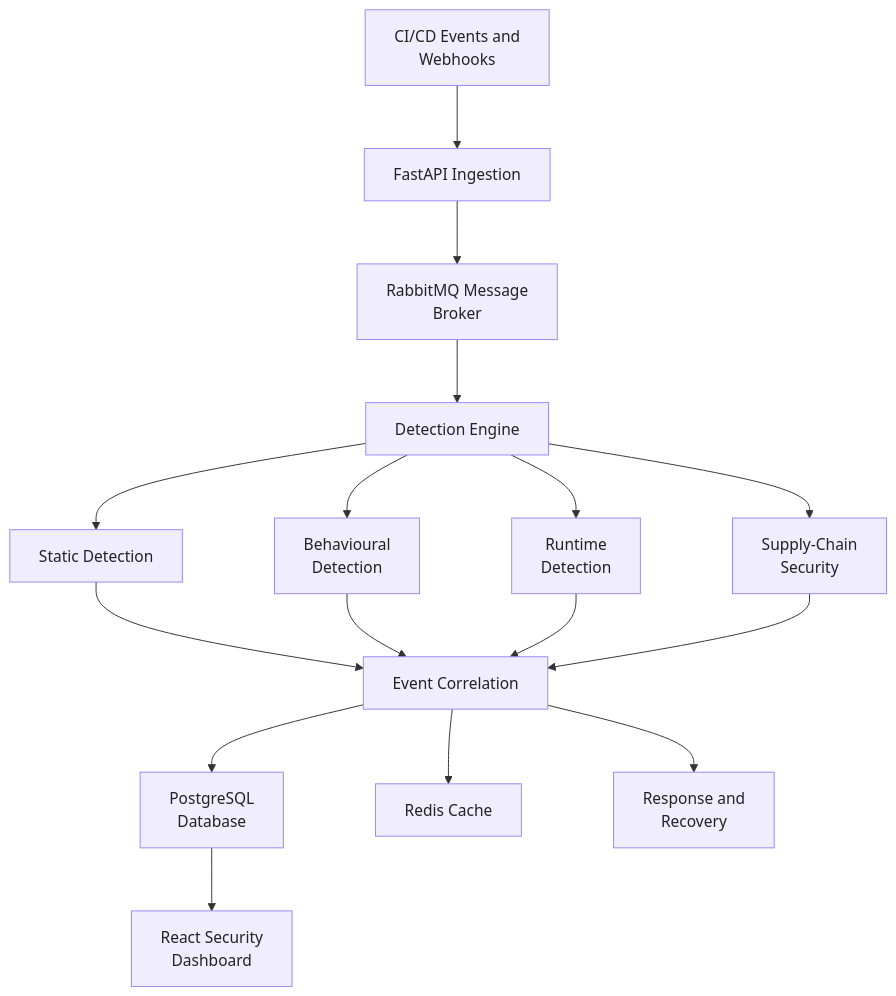
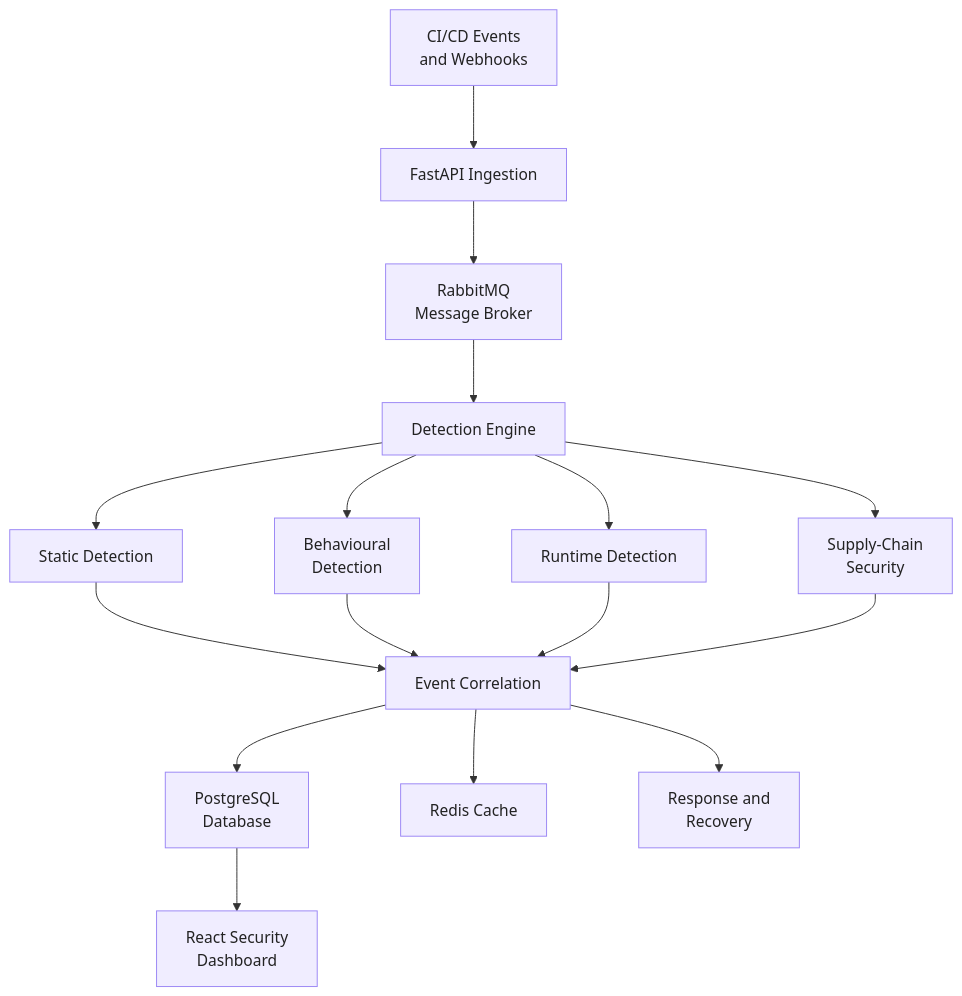
Before and after one commit to Hp-132/PipelineSentry-DevSecOps: the diagram in README.md, drawn with Mermaid. The commit also changed other lines of this file, not shown here.

````diff
--- a/README.md
+++ b/README.md
@@ -26,26 +25,26 @@
 ```mermaid
 %%{init: {"flowchart": {"nodeSpacing": 95, "rankSpacing": 65, "useMaxWidth": true}, "themeVariables": {"fontSize": "16px"}}}%%
 flowchart TD
-    A["CI/CD Events and<br/>Webhooks"] --> B["FastAPI Ingestion"]
-    B --> C["RabbitMQ Message<br/>Broker"]
+    A["CI/CD Events<br/>and Webhooks"] --> B["FastAPI Ingestion"]
+    B --> C["RabbitMQ<br/>Message Broker"]
     C --> D["Detection Engine"]
 
     D --> E["Static Detection"]
     D --> F["Behavioural<br/>Detection"]
-    D --> G["Runtime<br/>Detection"]
+    D --> G["Runtime Detection"]
     D --> H["Supply-Chain<br/>Security"]
 
     E --> I["Event Correlation"]
     F --> I
     G --> I
     H --> I
 
     I --> J["PostgreSQL<br/>Database"]
     I --> K["Redis Cache"]
     I --> L["Response and<br/>Recovery"]
 
     J --> M["React Security<br/>Dashboard"]
 
     classDef service fill:#f0edff,stroke:#9b87f5,color:#222,stroke-width:1px
     class A,B,C,D,E,F,G,H,I,J,K,L,M service
 ```
````
